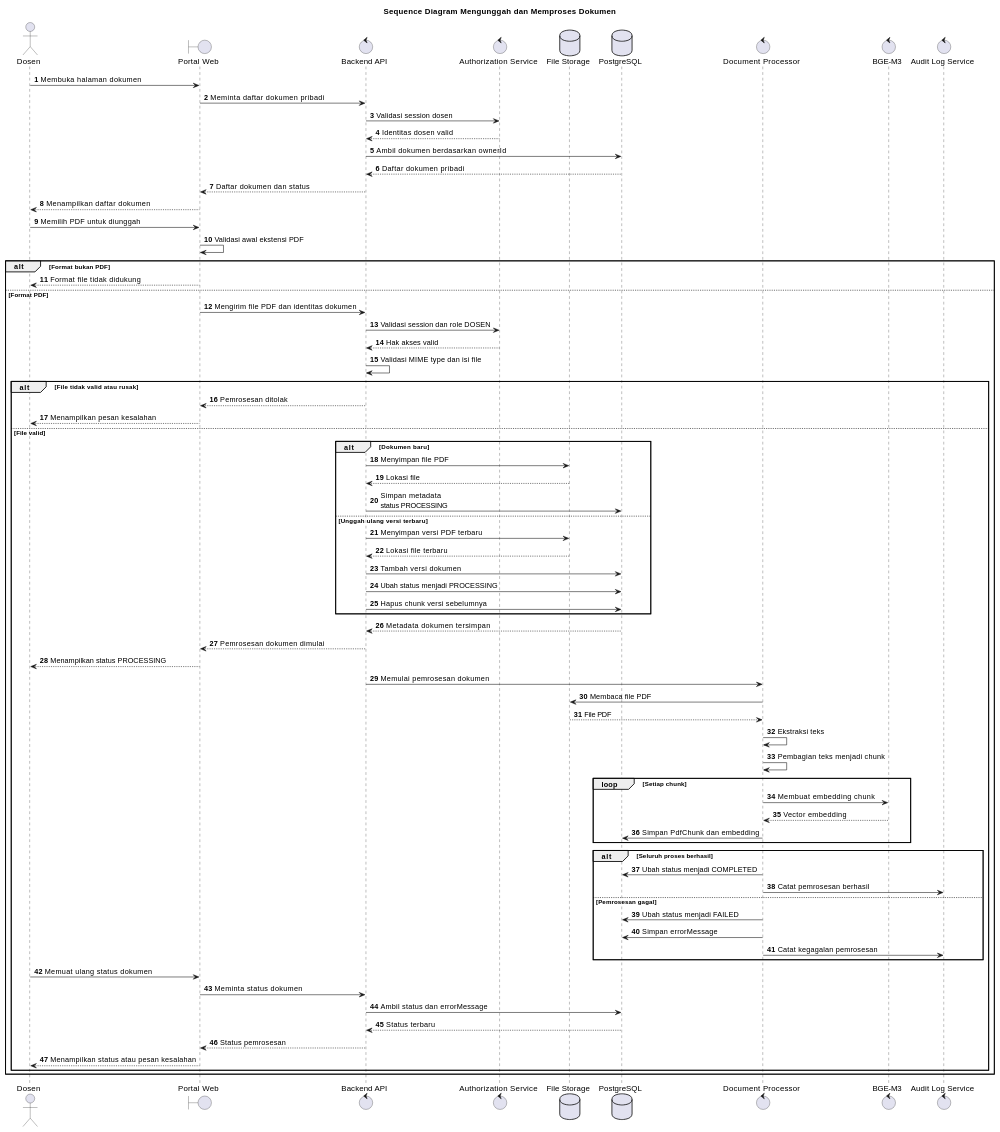
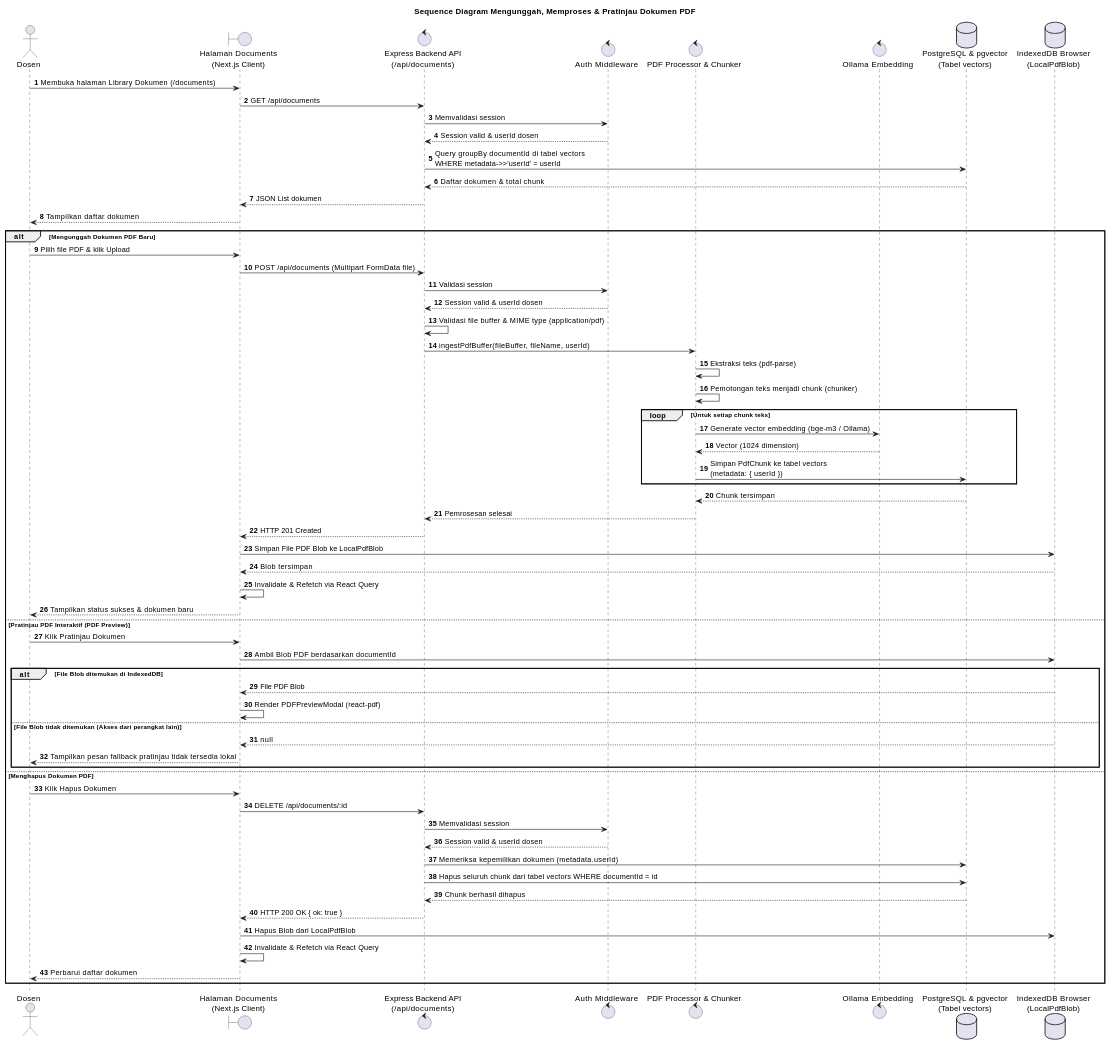
One commit to Badru9/chatbot changed the diagram in uml/document_sequence.md. Above: the diagram before and after it, drawn with PlantUML. The commit also changed other lines of this file and 15 other files, not shown here.

Commit message:
docs: update UML diagrams and feature documentation to align with current architecture

````diff
--- a/uml/document_sequence.md
+++ b/uml/document_sequence.md
@@ -5,102 +5,81 @@
 ```plantuml
 @startuml
-title Sequence Diagram Mengunggah dan Memproses Dokumen
+title Sequence Diagram Mengunggah, Memproses & Pratinjau Dokumen PDF
 
 autonumber
 skinparam shadowing false
 
 actor Dosen
-boundary "Portal Web" as Web
-control "Backend API" as API
-control "Authorization Service" as Auth
-database "File Storage" as Storage
-database "PostgreSQL" as DB
-control "Document Processor" as Processor
-control "BGE-M3" as Embedding
-control "Audit Log Service" as Log
+boundary "Halaman Documents\n(Next.js Client)" as UI
+control "Express Backend API\n(/api/documents)" as API
+control "Auth Middleware" as Auth
+control "PDF Processor & Chunker" as Processor
+control "Ollama Embedding" as Embedding
+database "PostgreSQL & pgvector\n(Tabel vectors)" as DB
+database "IndexedDB Browser\n(LocalPdfBlob)" as IndexedDB
 
-Dosen -> Web : Membuka halaman dokumen
-Web -> API : Meminta daftar dokumen pribadi
-API -> Auth : Validasi session dosen
-Auth --> API : Identitas dosen valid
-API -> DB : Ambil dokumen berdasarkan ownerId
-DB --> API : Daftar dokumen pribadi
-API --> Web : Daftar dokumen dan status
-Web --> Dosen : Menampilkan daftar dokumen
+Dosen -> UI : Membuka halaman Library Dokumen (/documents)
+UI -> API : GET /api/documents
+API -> Auth : Memvalidasi session
+Auth --> API : Session valid & userId dosen
+API -> DB : Query groupBy documentId di tabel vectors\nWHERE metadata->>'userId' = userId
+DB --> API : Daftar dokumen & total chunk
+API --> UI : JSON List dokumen
+UI --> Dosen : Tampilkan daftar dokumen
 
-Dosen -> Web : Memilih PDF untuk diunggah
-Web -> Web : Validasi awal ekstensi PDF
+alt Mengunggah Dokumen PDF Baru
 
-alt Format bukan PDF
+    Dosen -> UI : Pilih file PDF & klik Upload
+    UI -> API : POST /api/documents (Multipart FormData file)
+    API -> Auth : Validasi session
+    Auth --> API : Session valid & userId dosen
+    API -> API : Validasi file buffer & MIME type (application/pdf)
 
-    Web --> Dosen : Format file tidak didukung
+    API -> Processor : ingestPdfBuffer(fileBuffer, fileName, userId)
+    Processor -> Processor : Ekstraksi teks (pdf-parse)
+    Processor -> Processor : Pemotongan teks menjadi chunk (chunker)
 
-else Format PDF
+    loop Untuk setiap chunk teks
+        Processor -> Embedding : Generate vector embedding (bge-m3 / Ollama)
+        Embedding --> Processor : Vector (1024 dimension)
+        Processor -> DB : Simpan PdfChunk ke tabel vectors\n(metadata: { userId })
+    end
 
-    Web -> API : Mengirim file PDF dan identitas dokumen
-    API -> Auth : Validasi session dan role DOSEN
-    Auth --> API : Hak akses valid
-    API -> API : Validasi MIME type dan isi file
+    DB --> Processor : Chunk tersimpan
+    Processor --> API : Pemrosesan selesai
+    API --> UI : HTTP 201 Created
 
-    alt File tidak valid atau rusak
+    UI -> IndexedDB : Simpan File PDF Blob ke LocalPdfBlob
+    IndexedDB --> UI : Blob tersimpan
+    UI -> UI : Invalidate & Refetch via React Query
+    UI --> Dosen : Tampilkan status sukses & dokumen baru
 
-        API --> Web : Pemrosesan ditolak
-        Web --> Dosen : Menampilkan pesan kesalahan
+else Pratinjau PDF Interaktif (PDF Preview)
 
-    else File valid
+    Dosen -> UI : Klik Pratinjau Dokumen
+    UI -> IndexedDB : Ambil Blob PDF berdasarkan documentId
 
-        alt Dokumen baru
+    alt File Blob ditemukan di IndexedDB
+        IndexedDB --> UI : File PDF Blob
+        UI -> UI : Render PDFPreviewModal (react-pdf)
+    else File Blob tidak ditemukan (Akses dari perangkat lain)
+        IndexedDB --> UI : null
+        UI --> Dosen : Tampilkan pesan fallback pratinjau tidak tersedia lokal
+    end
 
-            API -> Storage : Menyimpan file PDF
-            Storage --> API : Lokasi file
-            API -> DB : Simpan metadata\nstatus PROCESSING
+else Menghapus Dokumen PDF
 
-        else Unggah ulang versi terbaru
-
-            API -> Storage : Menyimpan versi PDF terbaru
-            Storage --> API : Lokasi file terbaru
-            API -> DB : Tambah versi dokumen
-            API -> DB : Ubah status menjadi PROCESSING
-            API -> DB : Hapus chunk versi sebelumnya
-        end
-
-        DB --> API : Metadata dokumen tersimpan
-        API --> Web : Pemrosesan dokumen dimulai
-        Web --> Dosen : Menampilkan status PROCESSING
-
-        API -> Processor : Memulai pemrosesan dokumen
-        Processor -> Storage : Membaca file PDF
-        Storage --> Processor : File PDF
-        Processor -> Processor : Ekstraksi teks
-        Processor -> Processor : Pembagian teks menjadi chunk
-
-        loop Setiap chunk
-
-            Processor -> Embedding : Membuat embedding chunk
-            Embedding --> Processor : Vector embedding
-            Processor -> DB : Simpan PdfChunk dan embedding
-
-        end
-
-        alt Seluruh proses berhasil
-
-            Processor -> DB : Ubah status menjadi COMPLETED
-            Processor -> Log : Catat pemrosesan berhasil
-
-        else Pemrosesan gagal
-
-            Processor -> DB : Ubah status menjadi FAILED
-            Processor -> DB : Simpan errorMessage
-            Processor -> Log : Catat kegagalan pemrosesan
-        end
-
-        Dosen -> Web : Memuat ulang status dokumen
-        Web -> API : Meminta status dokumen
-        API -> DB : Ambil status dan errorMessage
-        DB --> API : Status terbaru
-        API --> Web : Status pemrosesan
-        Web --> Dosen : Menampilkan status atau pesan kesalahan
-    end
+    Dosen -> UI : Klik Hapus Dokumen
+    UI -> API : DELETE /api/documents/:id
+    API -> Auth : Memvalidasi session
+    Auth --> API : Session valid & userId dosen
+    API -> DB : Memeriksa kepemilikan dokumen (metadata.userId)
+    API -> DB : Hapus seluruh chunk dari tabel vectors WHERE documentId = id
+    DB --> API : Chunk berhasil dihapus
+    API --> UI : HTTP 200 OK { ok: true }
+    UI -> IndexedDB : Hapus Blob dari LocalPdfBlob
+    UI -> UI : Invalidate & Refetch via React Query
+    UI --> Dosen : Perbarui daftar dokumen
 
 end
 
````
